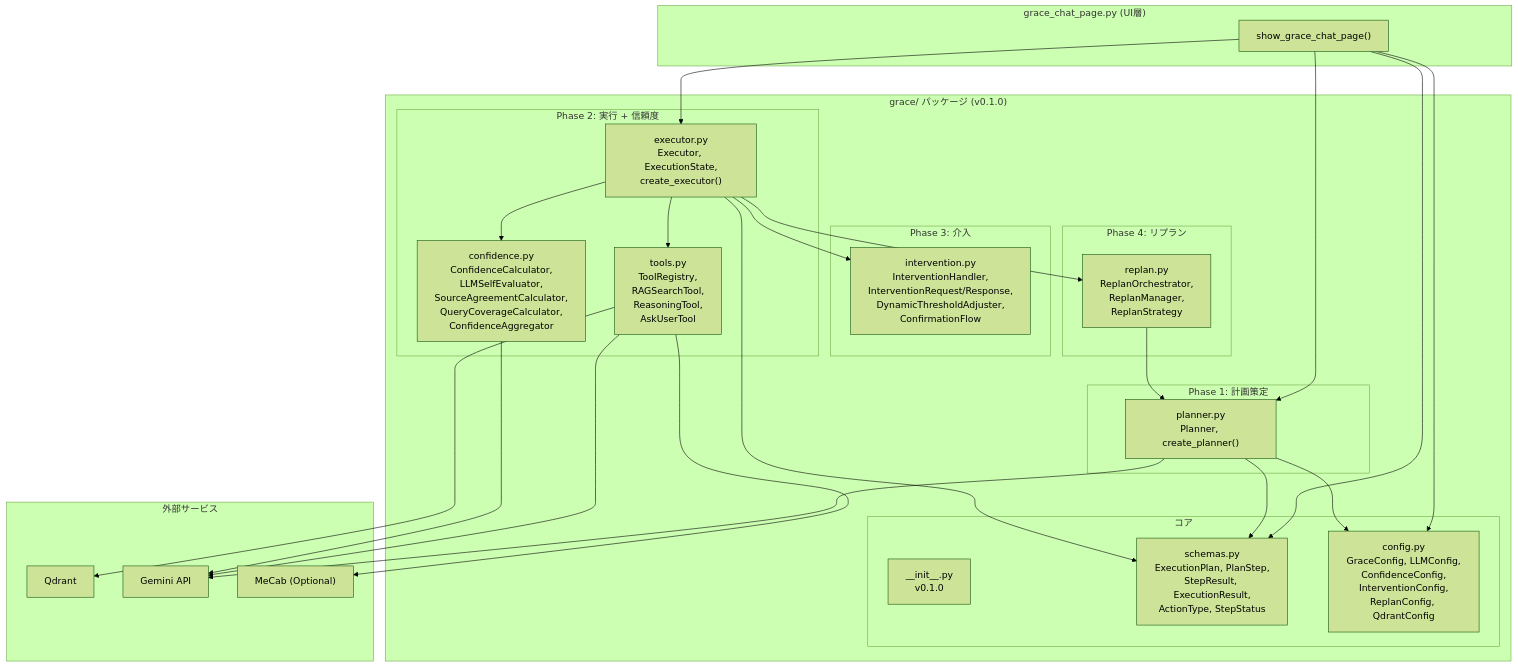
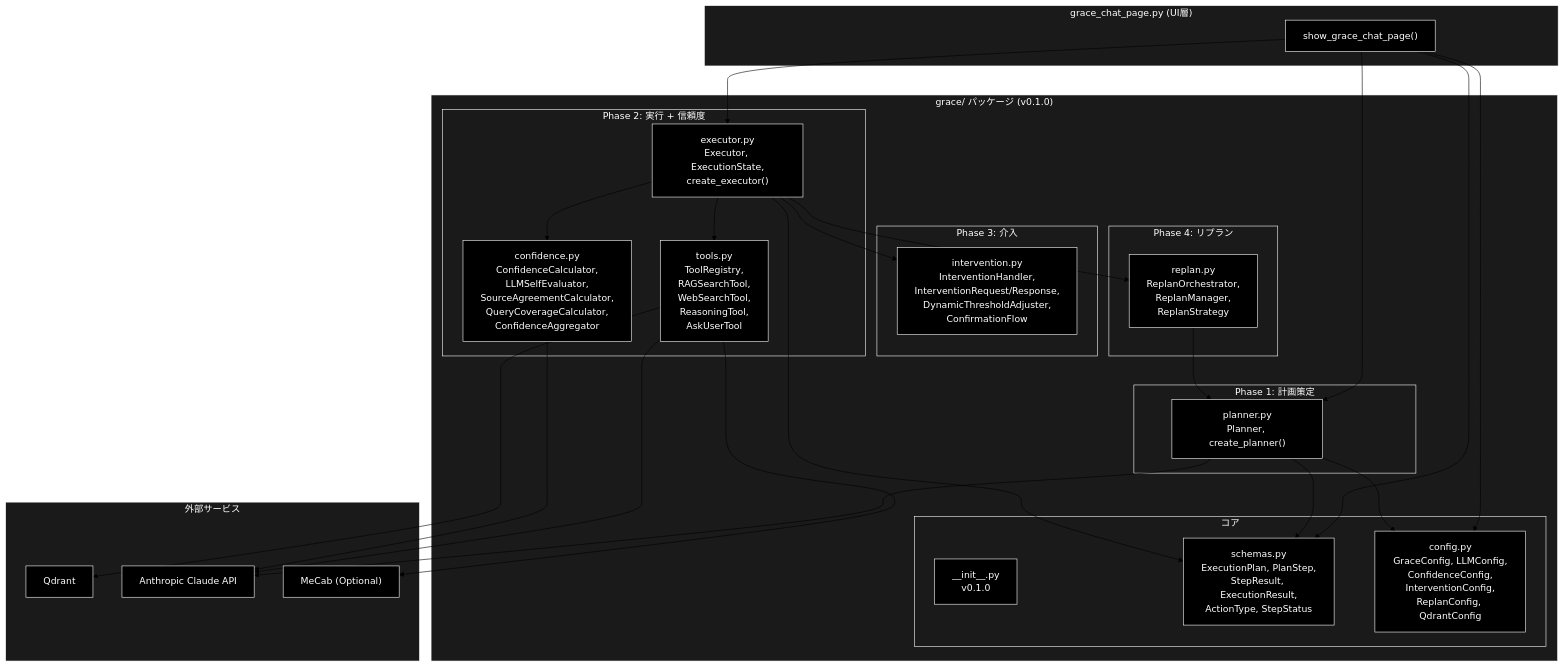
Before and after one commit to nakashima2toshio/anthropic_grace_agent_v2: the ninth of 13 diagrams in readme_autonomous_agent.md, drawn with Mermaid (forest theme). The commit also changed other lines of this file and 5 other files, not shown here.

````diff
--- a/readme_autonomous_agent.md
+++ b/readme_autonomous_agent.md
@@ -1062,60 +1132,71 @@
 ```mermaid
 flowchart TB
     subgraph UI["grace_chat_page.py (UI層)"]
         Page["show_grace_chat_page()"]
     end
 
     subgraph GracePackage["grace/ パッケージ (v0.1.0)"]
         subgraph Core["コア"]
             Init["__init__.py<br/>v0.1.0"]
             Schemas["schemas.py<br/>ExecutionPlan, PlanStep,<br/>StepResult, ExecutionResult,<br/>ActionType, StepStatus"]
             Config["config.py<br/>GraceConfig, LLMConfig,<br/>ConfidenceConfig,<br/>InterventionConfig,<br/>ReplanConfig, QdrantConfig"]
         end
 
         subgraph Phase1["Phase 1: 計画策定"]
             PlannerMod["planner.py<br/>Planner, create_planner()"]
         end
 
         subgraph Phase2["Phase 2: 実行 + 信頼度"]
             ExecutorMod["executor.py<br/>Executor, ExecutionState,<br/>create_executor()"]
-            ToolsMod["tools.py<br/>ToolRegistry,<br/>RAGSearchTool,<br/>ReasoningTool,<br/>AskUserTool"]
+            ToolsMod["tools.py<br/>ToolRegistry,<br/>RAGSearchTool,<br/>WebSearchTool,<br/>ReasoningTool,<br/>AskUserTool"]
             ConfMod["confidence.py<br/>ConfidenceCalculator,<br/>LLMSelfEvaluator,<br/>SourceAgreementCalculator,<br/>QueryCoverageCalculator,<br/>ConfidenceAggregator"]
         end
 
         subgraph Phase3["Phase 3: 介入"]
             IntervMod["intervention.py<br/>InterventionHandler,<br/>InterventionRequest/Response,<br/>DynamicThresholdAdjuster,<br/>ConfirmationFlow"]
         end
 
         subgraph Phase4["Phase 4: リプラン"]
             ReplanMod["replan.py<br/>ReplanOrchestrator,<br/>ReplanManager,<br/>ReplanStrategy"]
         end
     end
 
     subgraph External["外部サービス"]
         Qdrant["Qdrant"]
-        Gemini["Gemini API"]
+        Claude["Anthropic Claude API"]
         MeCab["MeCab (Optional)"]
     end
 
     Page --> PlannerMod
     Page --> ExecutorMod
     Page --> Schemas
     Page --> Config
 
     PlannerMod --> Schemas
     PlannerMod --> Config
-    PlannerMod --> Gemini
+    PlannerMod --> Claude
 
     ExecutorMod --> ToolsMod
     ExecutorMod --> ConfMod
     ExecutorMod --> IntervMod
     ExecutorMod --> ReplanMod
     ExecutorMod --> Schemas
 
     ToolsMod --> Qdrant
-    ToolsMod --> Gemini
+    ToolsMod --> Claude
     ToolsMod --> MeCab
 
-    ConfMod --> Gemini
+    ConfMod --> Claude
     ReplanMod --> PlannerMod
+classDef default fill:#000,stroke:#fff,color:#fff
+classDef subgraphStyle fill:#1a1a1a,stroke:#fff,color:#fff
+class API,Claude,ConfMod,Config,ExecutorMod,Init,IntervMod,MeCab,Page,PlannerMod,Qdrant,QdrantConfig,ReplanMod,Schemas,StepStatus,ToolsMod,create_planner default
+style UI fill:#1a1a1a,stroke:#fff,color:#fff
+style GracePackage fill:#1a1a1a,stroke:#fff,color:#fff
+style Core fill:#1a1a1a,stroke:#fff,color:#fff
+style Phase1 fill:#1a1a1a,stroke:#fff,color:#fff
+style Phase2 fill:#1a1a1a,stroke:#fff,color:#fff
+style Phase3 fill:#1a1a1a,stroke:#fff,color:#fff
+style Phase4 fill:#1a1a1a,stroke:#fff,color:#fff
+style External fill:#1a1a1a,stroke:#fff,color:#fff
 ```
````
